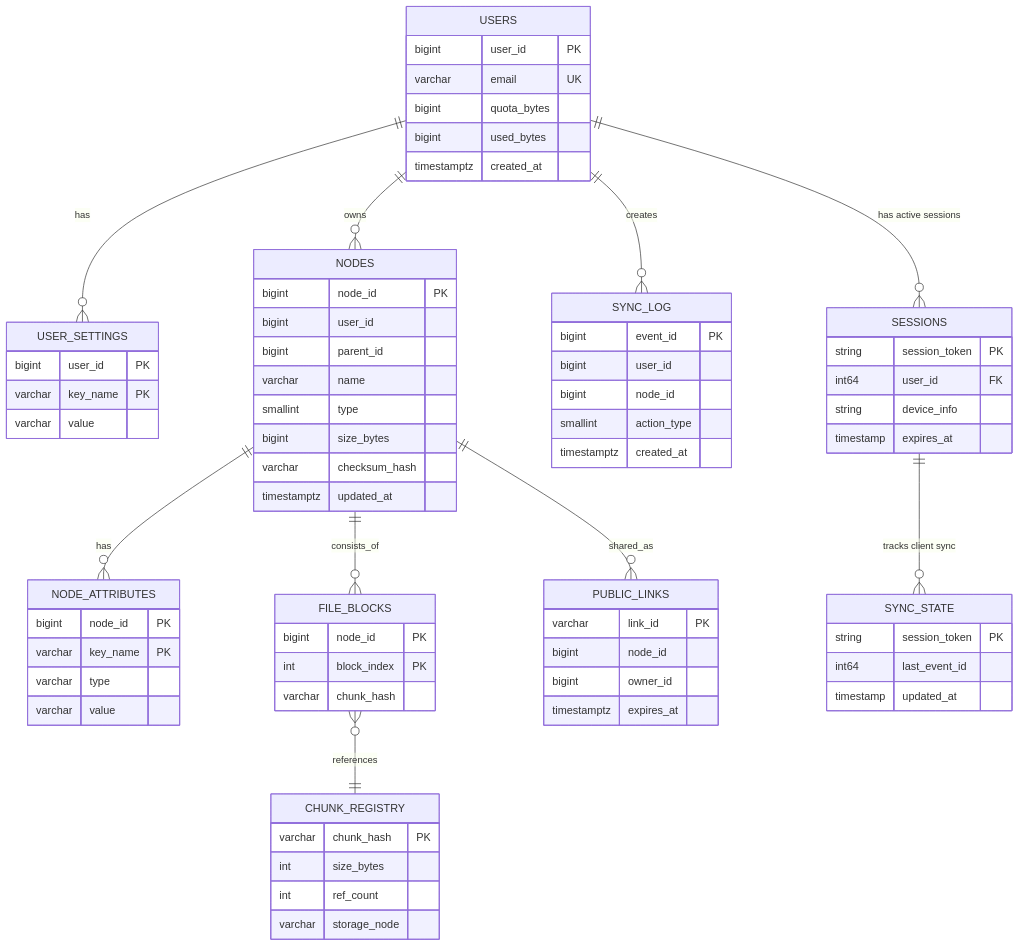
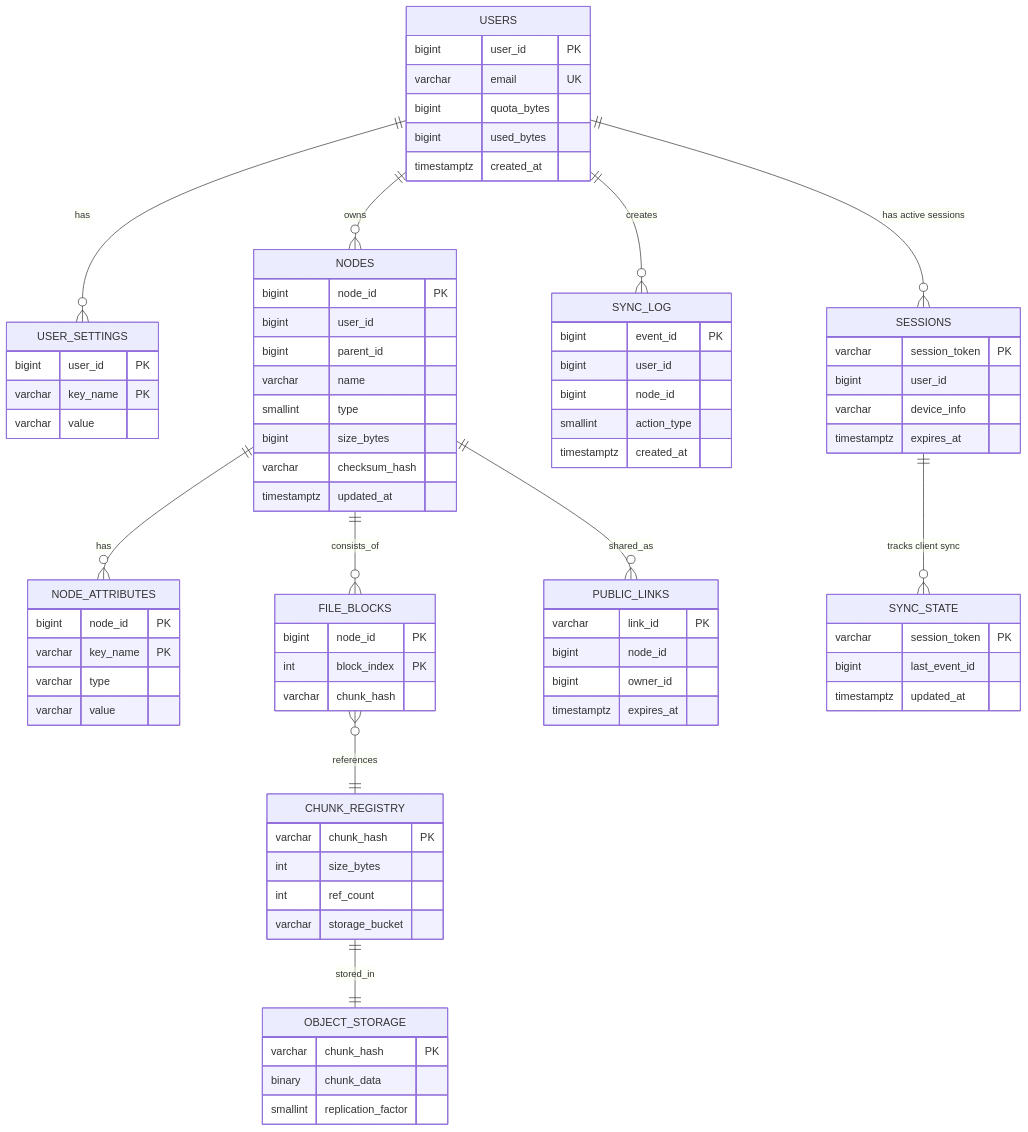
One commit to ender019/VK_Highload changed the second of 2 diagrams in README.md. Above: the diagram before and after it, drawn with Mermaid. The commit also changed other lines of this file, not shown here.

```diff
--- a/README.md
+++ b/README.md
@@ -421,7 +426,13 @@
         varchar chunk_hash PK
         int size_bytes
         int ref_count
-        varchar storage_node
+        varchar storage_bucket
+    }
+
+    OBJECT_STORAGE {
+        varchar chunk_hash PK
+        binary chunk_data
+        smallint replication_factor
     }
 
     SYNC_LOG {
@@ -440,16 +451,16 @@
     }
 
     SESSIONS {
-        string session_token PK
-        int64 user_id FK
-        string device_info
-        timestamp expires_at
+        varchar session_token PK
+        bigint user_id
+        varchar device_info
+        timestamptz expires_at
     }
 
     SYNC_STATE {
-        string session_token PK
-        int64 last_event_id
-        timestamp updated_at
+        varchar session_token PK
+        bigint last_event_id
+        timestamptz updated_at
     }
 
     USERS ||--o{ NODES : owns
@@ -457,6 +468,7 @@
     NODES ||--o{ NODE_ATTRIBUTES : has
     NODES ||--o{ FILE_BLOCKS : consists_of
     FILE_BLOCKS }o--|| CHUNK_REGISTRY : references
+    CHUNK_REGISTRY ||--|| OBJECT_STORAGE : stored_in
     USERS ||--o{ SYNC_LOG : creates
     NODES ||--o{ PUBLIC_LINKS : shared_as
     SESSIONS ||--o{ SYNC_STATE : "tracks client sync"
```
